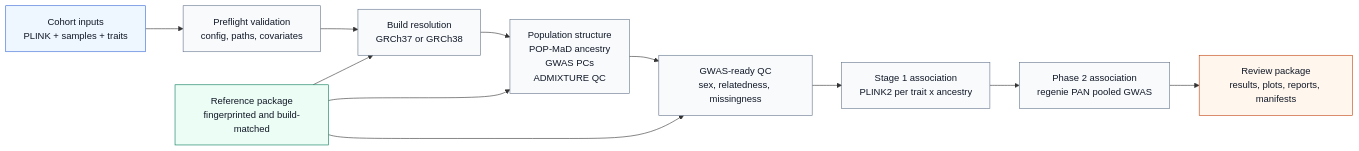
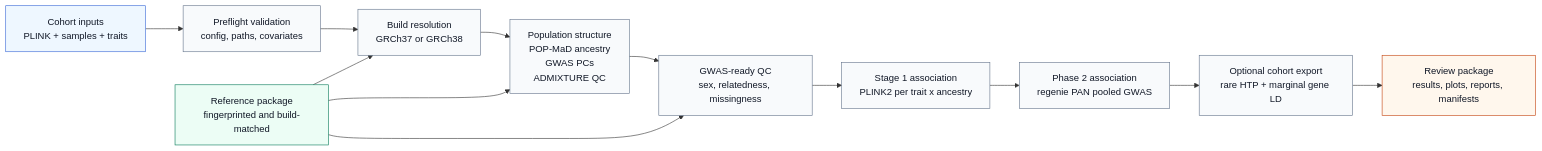
The diagram in README.md (james-edward-hart/GWAS-PTSD-SUD), drawn with Mermaid before and after one commit. The commit also changed other lines of this file and 28 other files, not shown here.

Commit message:
Added basic minimal remeta marginal LD calculation steps for downstream non-conditional rare-variant gene based meta-analysis

````diff
--- a/README.md
+++ b/README.md
@@ -17,23 +17,24 @@
 ```mermaid
 flowchart LR
     inputs["Cohort inputs<br>PLINK + samples + traits"] --> validate["Preflight validation<br>config, paths, covariates"]
     validate --> build["Build resolution<br>GRCh37 or GRCh38"]
     build --> ancestry["Population structure<br>POP-MaD ancestry<br>GWAS PCs<br>ADMIXTURE QC"]
     ancestry --> qc["GWAS-ready QC<br>sex, relatedness, missingness"]
     qc --> gwas["Stage 1 association<br>PLINK2 per trait x ancestry"]
     gwas --> pan["Phase 2 association<br>regenie PAN pooled GWAS"]
-    pan --> review["Review package<br>results, plots, reports, manifests"]
+    pan --> remeta["Optional cohort export<br>rare HTP + marginal gene LD"]
+    remeta --> review["Review package<br>results, plots, reports, manifests"]
 
     ref["Reference package<br>fingerprinted and build-matched"] --> build
     ref --> ancestry
     ref --> qc
 
     classDef input fill:#eef7ff,stroke:#3867d6,color:#111827;
     classDef work fill:#f8fafc,stroke:#64748b,color:#111827;
     classDef reference fill:#ecfdf5,stroke:#047857,color:#111827;
     classDef output fill:#fff7ed,stroke:#c2410c,color:#111827;
     class inputs input;
-    class validate,build,ancestry,qc,gwas,pan work;
+    class validate,build,ancestry,qc,gwas,pan,remeta work;
     class ref reference;
     class review output;
 ```
````
